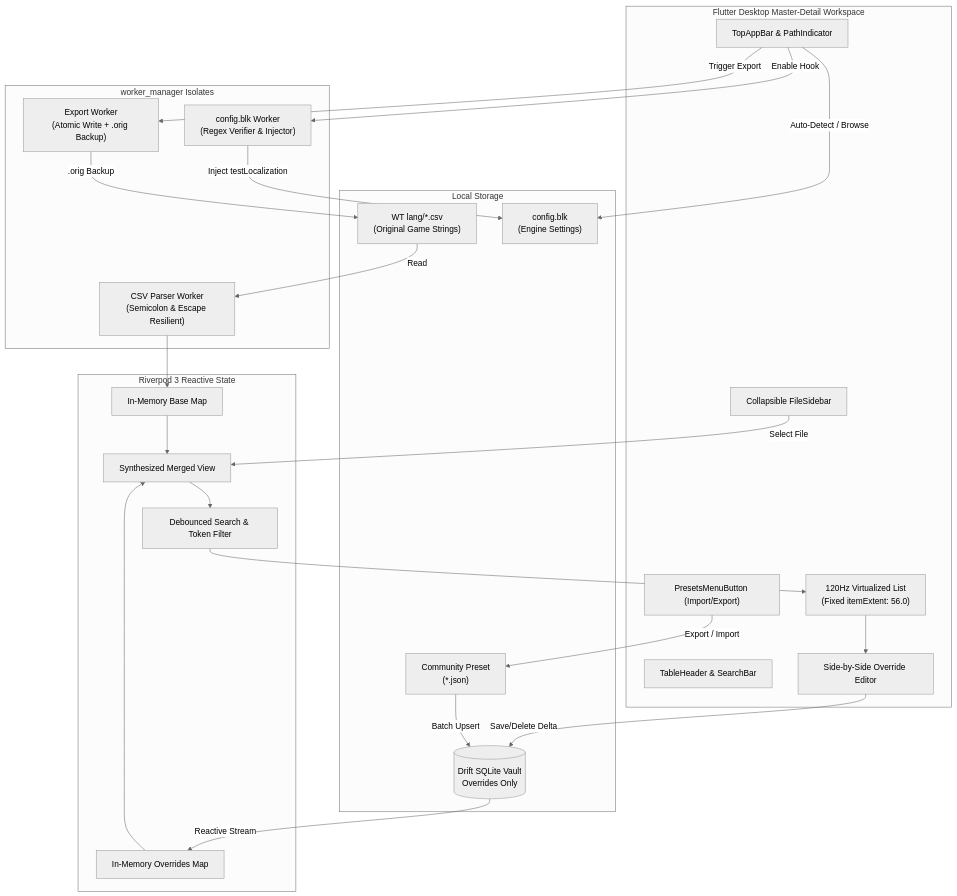
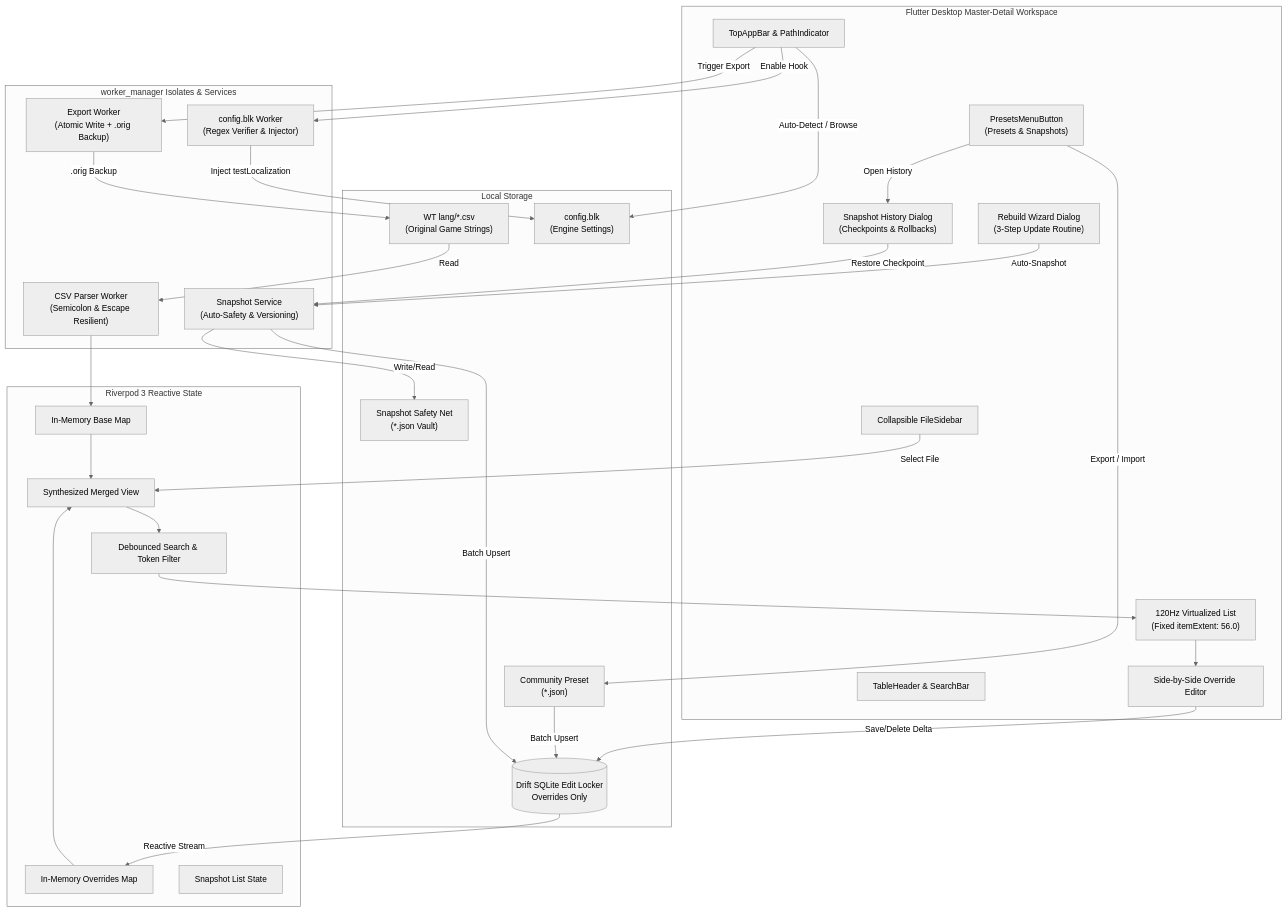
The diagram in README.md (Vonarian/gramercy), drawn with Mermaid (neutral theme) before and after one commit. The commit also changed other lines of this file, not shown here.

Commit message:
docs(readme): overhaul with gamer-friendly copy and snapshot vault guide

````diff
--- a/README.md
+++ b/README.md
@@ -105,49 +140,59 @@
 ```mermaid
 flowchart TD
     subgraph Disk [Local Storage]
         WTCSV["WT lang/*.csv\n(Original Game Strings)"]
         WTConfig["config.blk\n(Engine Settings)"]
-        DB[(Drift SQLite Vault\nOverrides Only)]
+        DB[(Drift SQLite Edit Locker\nOverrides Only)]
+        SnapshotVault["Snapshot Safety Net\n(*.json Vault)"]
         PresetFile["Community Preset\n(*.json)"]
     end
 
-    subgraph Background [worker_manager Isolates]
+    subgraph Background [worker_manager Isolates & Services]
         ParserWorker["CSV Parser Worker\n(Semicolon & Escape Resilient)"]
         ExportWorker["Export Worker\n(Atomic Write + .orig Backup)"]
         HookWorker["config.blk Worker\n(Regex Verifier & Injector)"]
+        SnapService["Snapshot Service\n(Auto-Safety & Versioning)"]
     end
 
     subgraph Memory [Riverpod 3 Reactive State]
         BaseMap["In-Memory Base Map"]
         OverrideMap["In-Memory Overrides Map"]
         Synth["Synthesized Merged View"]
         Filter["Debounced Search & Token Filter"]
+        SnapList["Snapshot List State"]
     end
 
     subgraph UI [Flutter Desktop Master-Detail Workspace]
         TopBar["TopAppBar & PathIndicator"]
-        PresetBtn["PresetsMenuButton (Import/Export)"]
+        PresetBtn["PresetsMenuButton\n(Presets & Snapshots)"]
+        SnapshotModal["Snapshot History Dialog\n(Checkpoints & Rollbacks)"]
+        RebuildModal["Rebuild Wizard Dialog\n(3-Step Update Routine)"]
         Sidebar["Collapsible FileSidebar"]
         Header["TableHeader & SearchBar"]
         AppUI["120Hz Virtualized List\n(Fixed itemExtent: 56.0)"]
         EditModal["Side-by-Side Override Editor"]
     end
 
     WTCSV -->|Read| ParserWorker
     ParserWorker --> BaseMap
     DB -->|Reactive Stream| OverrideMap
     BaseMap --> Synth
     OverrideMap --> Synth
     Synth --> Filter
     Filter --> AppUI
     Sidebar -->|Select File| Synth
     TopBar -->|Auto-Detect / Browse| WTConfig
     TopBar -->|Trigger Export| ExportWorker
     AppUI --> EditModal
     EditModal -->|Save/Delete Delta| DB
     ExportWorker -->|.orig Backup| WTCSV
     TopBar -->|Enable Hook| HookWorker
     HookWorker -->|Inject testLocalization| WTConfig
     PresetBtn -->|Export / Import| PresetFile
     PresetFile -->|Batch Upsert| DB
+    PresetBtn -->|Open History| SnapshotModal
+    RebuildModal -->|Auto-Snapshot| SnapService
+    SnapService -->|Write/Read| SnapshotVault
+    SnapshotModal -->|Restore Checkpoint| SnapService
+    SnapService -->|Batch Upsert| DB
 ```
````
